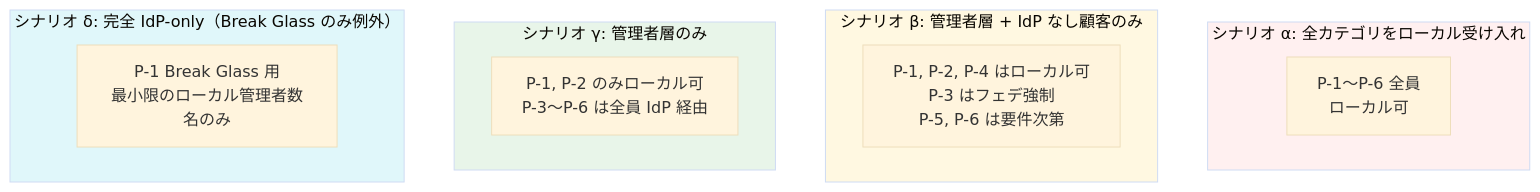
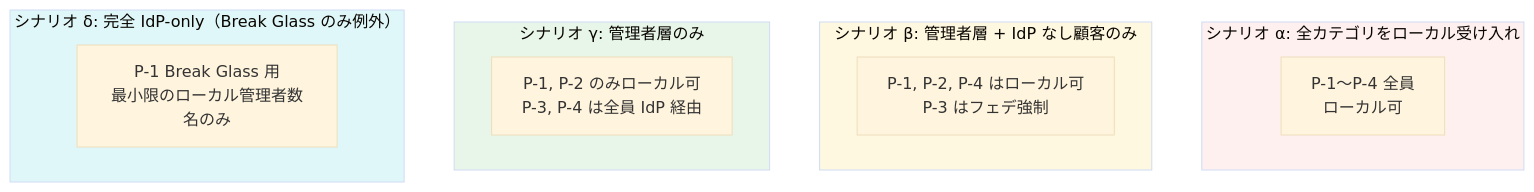
Before and after one commit to suepie/aws-atuh-poc: the second of 2 diagrams in doc/adr/029-local-user-categories-and-scope-scenarios.md, drawn with Mermaid (base theme). The commit also changed other lines of this file and 53 other files, not shown here.

````diff
--- a/doc/adr/029-local-user-categories-and-scope-scenarios.md
+++ b/doc/adr/029-local-user-categories-and-scope-scenarios.md
@@ -119,19 +116,19 @@
 ```mermaid
 flowchart TB
     subgraph Scenario1["シナリオ α: 全カテゴリをローカル受け入れ"]
-        S1["P-1〜P-6 全員<br/>ローカル可"]
+        S1["P-1〜P-4 全員<br/>ローカル可"]
     end
     subgraph Scenario2["シナリオ β: 管理者層 + IdP なし顧客のみ"]
-        S2["P-1, P-2, P-4 はローカル可<br/>P-3 はフェデ強制<br/>P-5, P-6 は要件次第"]
+        S2["P-1, P-2, P-4 はローカル可<br/>P-3 はフェデ強制"]
     end
     subgraph Scenario3["シナリオ γ: 管理者層のみ"]
-        S3["P-1, P-2 のみローカル可<br/>P-3〜P-6 は全員 IdP 経由"]
+        S3["P-1, P-2 のみローカル可<br/>P-3, P-4 は全員 IdP 経由"]
     end
     subgraph Scenario4["シナリオ δ: 完全 IdP-only（Break Glass のみ例外）"]
         S4["P-1 Break Glass 用<br/>最小限のローカル管理者数名のみ"]
     end
     style Scenario1 fill:#fff0f0
     style Scenario2 fill:#fff8e1
     style Scenario3 fill:#e8f5e9
     style Scenario4 fill:#e0f7fa
 ```
````
